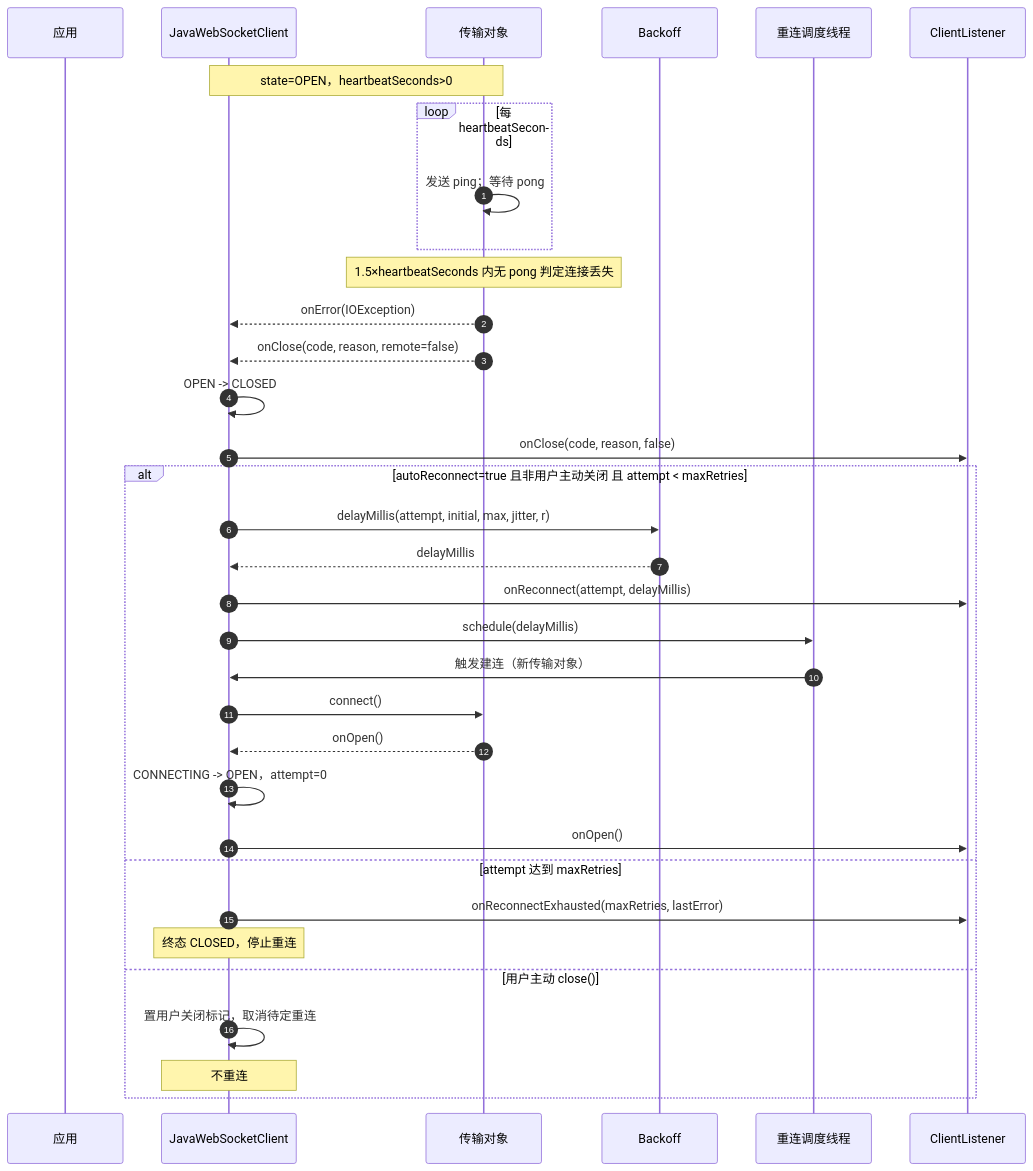
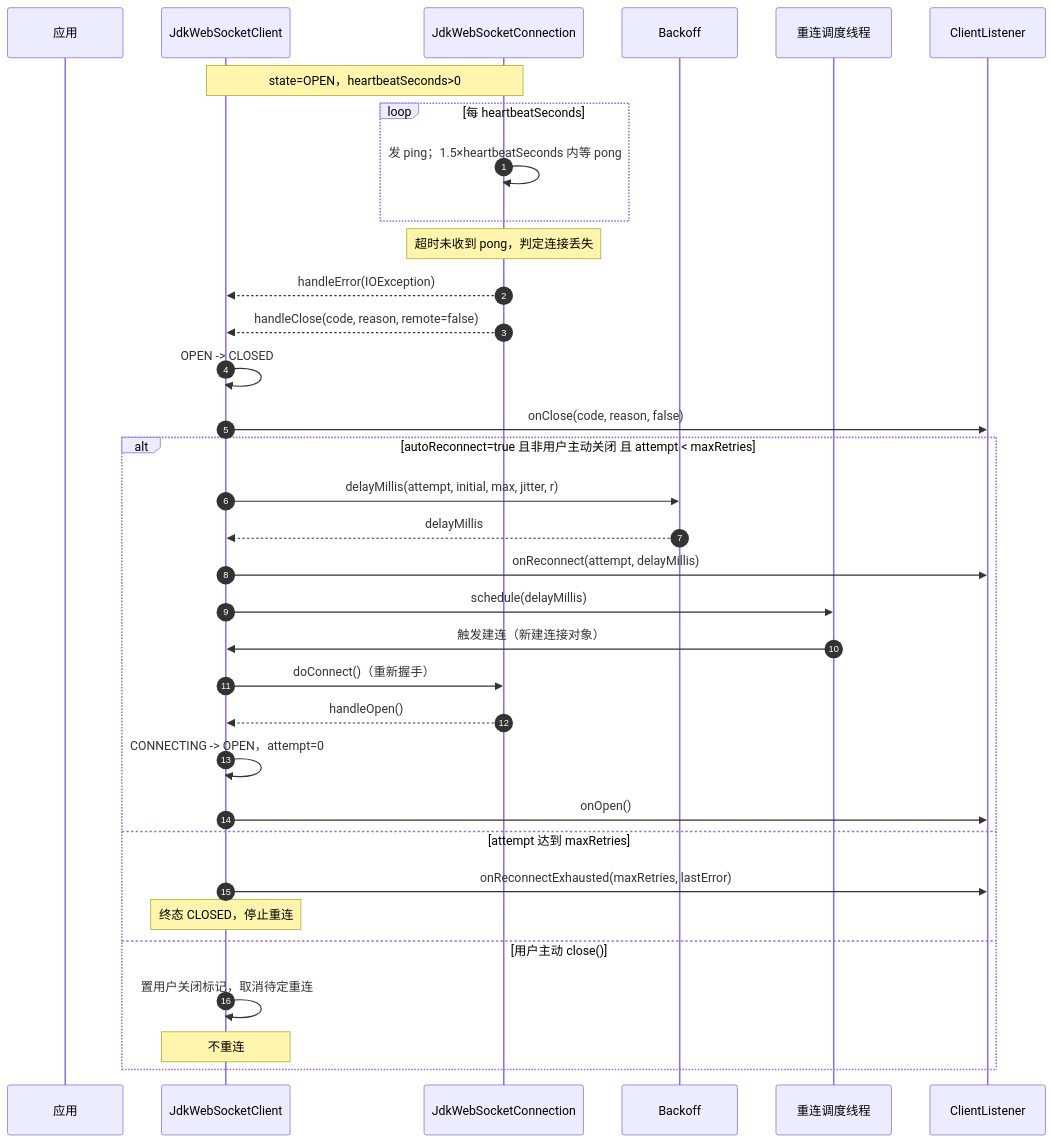
Before and after one commit to gollyhu/aifei-eco-modules: the third of 5 diagrams in aifei-websocket/docs/design.md, drawn with Mermaid. The commit also changed other lines of this file and 49 other files, not shown here.

````diff
--- a/aifei-websocket/docs/design.md
+++ b/aifei-websocket/docs/design.md
@@ -1099,37 +1077,37 @@
 ```mermaid
 sequenceDiagram
     autonumber
     participant App as 应用
-    participant C as JavaWebSocketClient
-    participant T as 传输对象
+    participant C as JdkWebSocketClient
+    participant T as JdkWebSocketConnection
     participant B as Backoff
     participant S as 重连调度线程
     participant L as ClientListener
 
     Note over C,T: state=OPEN，heartbeatSeconds>0
     loop 每 heartbeatSeconds
-        T->>T: 发送 ping；等待 pong
+        T->>T: 发 ping；1.5×heartbeatSeconds 内等 pong
     end
-    Note over T: 1.5×heartbeatSeconds 内无 pong 判定连接丢失
-    T-->>C: onError(IOException)
-    T-->>C: onClose(code, reason, remote=false)
+    Note over T: 超时未收到 pong，判定连接丢失
+    T-->>C: handleError(IOException)
+    T-->>C: handleClose(code, reason, remote=false)
     C->>C: OPEN -> CLOSED
     C->>L: onClose(code, reason, false)
     alt autoReconnect=true 且非用户主动关闭 且 attempt < maxRetries
         C->>B: delayMillis(attempt, initial, max, jitter, r)
         B-->>C: delayMillis
         C->>L: onReconnect(attempt, delayMillis)
         C->>S: schedule(delayMillis)
-        S->>C: 触发建连（新传输对象）
-        C->>T: connect()
-        T-->>C: onOpen()
+        S->>C: 触发建连（新建连接对象）
+        C->>T: doConnect()（重新握手）
+        T-->>C: handleOpen()
         C->>C: CONNECTING -> OPEN，attempt=0
         C->>L: onOpen()
     else attempt 达到 maxRetries
         C->>L: onReconnectExhausted(maxRetries, lastError)
         Note over C: 终态 CLOSED，停止重连
     else 用户主动 close()
         C->>C: 置用户关闭标记，取消待定重连
         Note over C: 不重连
     end
 ```
````
